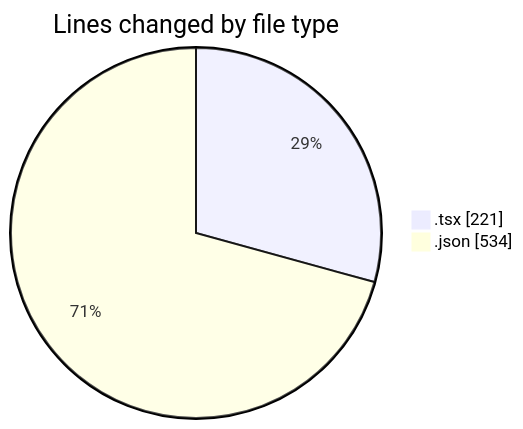
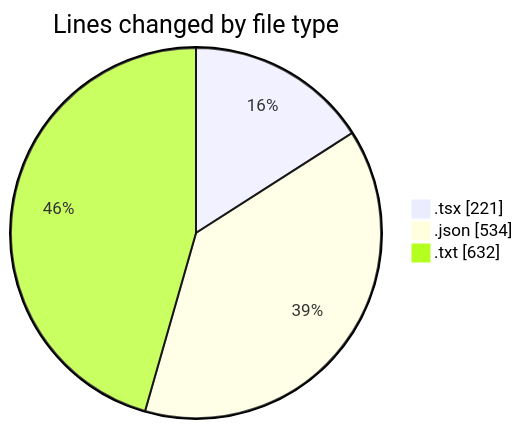
One commit to EIIisD/code-tracking changed the first of 2 diagrams in 2025-08-01/tw-server/README.md. Above: the diagram before and after it, drawn with Mermaid. The commit also changed other lines of this file and 1 other file, not shown here.

````diff
--- a/2025-08-01/tw-server/README.md
+++ b/2025-08-01/tw-server/README.md
@@ -21,6 +22,7 @@
 ```mermaid
 pie showData
 title Lines changed by file type
 ".tsx" : 221
 ".json" : 534
+".txt" : 632
 ```
````
